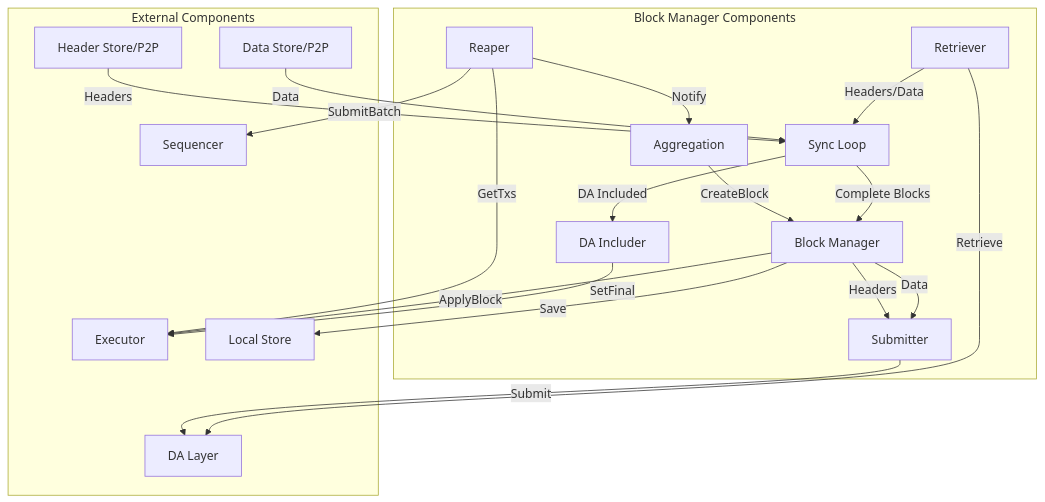
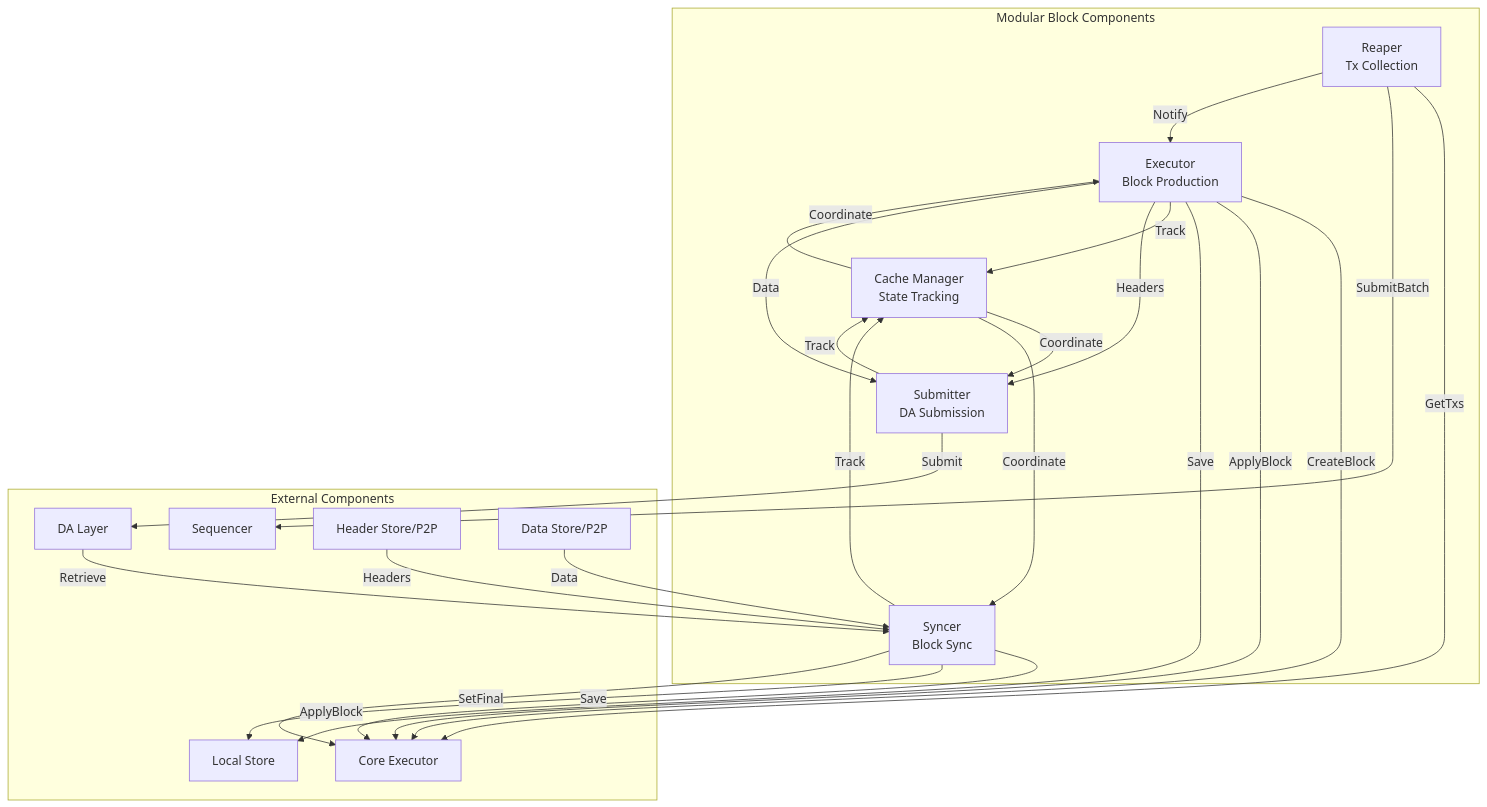
Before and after one commit to evstack/ev-node: the second of 8 diagrams in docs/learn/specs/block-manager.md, drawn with Mermaid. The commit also changed other lines of this file and 7 other files, not shown here.

````diff
--- a/docs/learn/specs/block-manager.md
+++ b/docs/learn/specs/block-manager.md
@@ -47,43 +52,46 @@
 ```mermaid
 flowchart TB
-    subgraph Block Manager Components
-        BM[Block Manager]
-        AGG[Aggregation]
-        REP[Reaper]
-        SUB[Submitter]
-        RET[Retriever]
-        SYNC[Sync Loop]
-        DAI[DA Includer]
+    subgraph Block Components [Modular Block Components]
+        EXE[Executor<br/>Block Production]
+        REA[Reaper<br/>Tx Collection]
+        SUB[Submitter<br/>DA Submission]
+        SYN[Syncer<br/>Block Sync]
+        CAC[Cache Manager<br/>State Tracking]
     end
 
     subgraph External Components
-        EX[Executor]
+        CEXE[Core Executor]
         SEQ[Sequencer]
         DA[DA Layer]
         HS[Header Store/P2P]
         DS[Data Store/P2P]
         ST[Local Store]
     end
 
-    REP -->|GetTxs| EX
-    REP -->|SubmitBatch| SEQ
-    REP -->|Notify| AGG
+    REA -->|GetTxs| CEXE
+    REA -->|SubmitBatch| SEQ
+    REA -->|Notify| EXE
 
-    AGG -->|CreateBlock| BM
-    BM -->|ApplyBlock| EX
-    BM -->|Save| ST
+    EXE -->|CreateBlock| CEXE
+    EXE -->|ApplyBlock| CEXE
+    EXE -->|Save| ST
+    EXE -->|Track| CAC
 
-    BM -->|Headers| SUB
-    BM -->|Data| SUB
+    EXE -->|Headers| SUB
+    EXE -->|Data| SUB
     SUB -->|Submit| DA
+    SUB -->|Track| CAC
 
-    RET -->|Retrieve| DA
-    RET -->|Headers/Data| SYNC
+    DA -->|Retrieve| SYN
+    HS -->|Headers| SYN
+    DS -->|Data| SYN
 
-    HS -->|Headers| SYNC
-    DS -->|Data| SYNC
+    SYN -->|ApplyBlock| CEXE
+    SYN -->|Save| ST
+    SYN -->|Track| CAC
+    SYN -->|SetFinal| CEXE
 
-    SYNC -->|Complete Blocks| BM
-    SYNC -->|DA Included| DAI
-    DAI -->|SetFinal| EX
+    CAC -->|Coordinate| EXE
+    CAC -->|Coordinate| SUB
+    CAC -->|Coordinate| SYN
 ```
````
